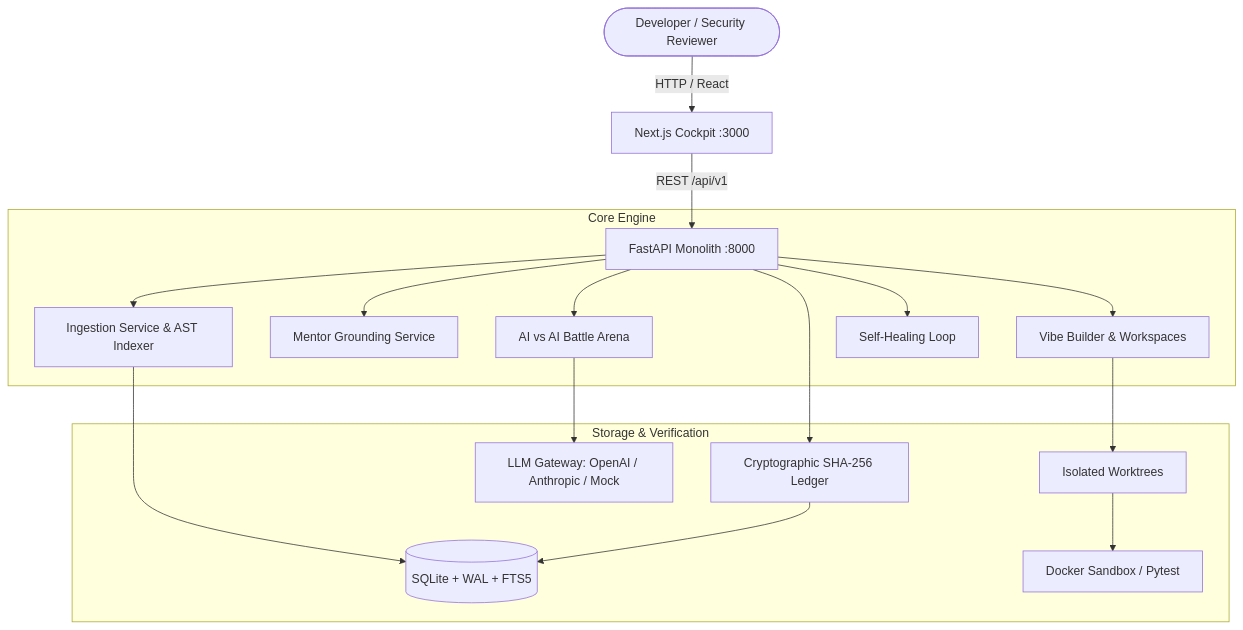
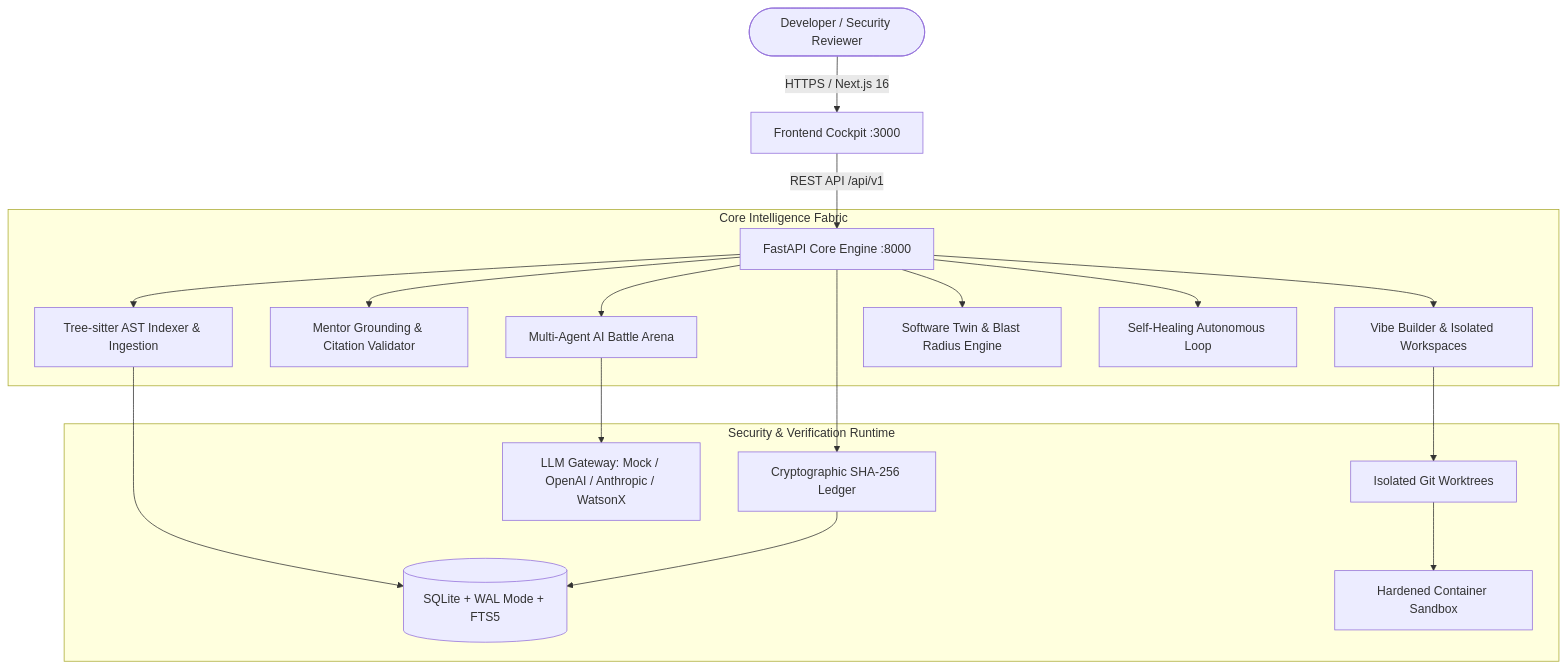
Before and after one commit to me13krishna/Parikshit: the first of 2 diagrams in README.md, drawn with Mermaid. The commit also changed other lines of this file and 13 other files, not shown here.

````diff
--- a/README.md
+++ b/README.md
@@ -112,22 +166,23 @@
 ```mermaid
 graph TD
-    User([Developer / Security Reviewer]) -->|HTTP / React| Web[Next.js Cockpit :3000]
-    Web -->|REST /api/v1| API[FastAPI Monolith :8000]
+    User([Developer / Security Reviewer]) -->|HTTPS / Next.js 16| Web[Frontend Cockpit :3000]
+    Web -->|REST API /api/v1| API[FastAPI Core Engine :8000]
     
-    subgraph Core Engine
-        API --> Ingest[Ingestion Service & AST Indexer]
-        API --> Mentor[Mentor Grounding Service]
-        API --> Builder[Vibe Builder & Workspaces]
-        API --> Battle[AI vs AI Battle Arena]
-        API --> Healer[Self-Healing Loop]
+    subgraph Core Intelligence Fabric
+        API --> Ingest[Tree-sitter AST Indexer & Ingestion]
+        API --> Mentor[Mentor Grounding & Citation Validator]
+        API --> Builder[Vibe Builder & Isolated Workspaces]
+        API --> Battle[Multi-Agent AI Battle Arena]
+        API --> Twin[Software Twin & Blast Radius Engine]
+        API --> Healer[Self-Healing Autonomous Loop]
     end
 
-    subgraph Storage & Verification
-        Ingest --> DB[(SQLite + WAL + FTS5)]
-        Builder --> Worktree[Isolated Worktrees]
-        Worktree --> Sandbox[Docker Sandbox / Pytest]
-        Battle --> Gateway[LLM Gateway: OpenAI / Anthropic / Mock]
+    subgraph Security & Verification Runtime
+        Ingest --> DB[(SQLite + WAL Mode + FTS5)]
+        Builder --> Worktree[Isolated Git Worktrees]
+        Worktree --> Sandbox[Hardened Container Sandbox]
+        Battle --> Gateway[LLM Gateway: Mock / OpenAI / Anthropic / WatsonX]
         API --> Ledger[Cryptographic SHA-256 Ledger]
         Ledger --> DB
     end
 ```
````
